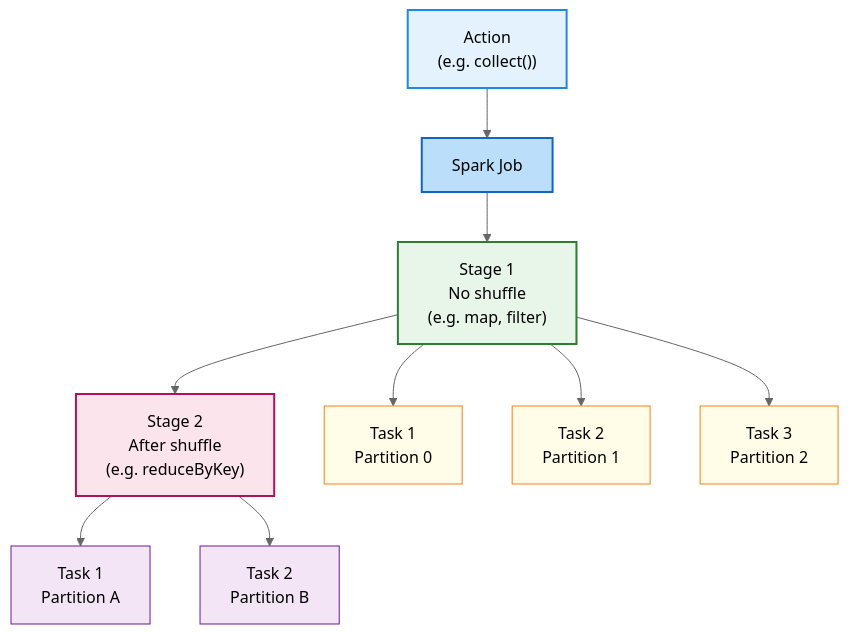
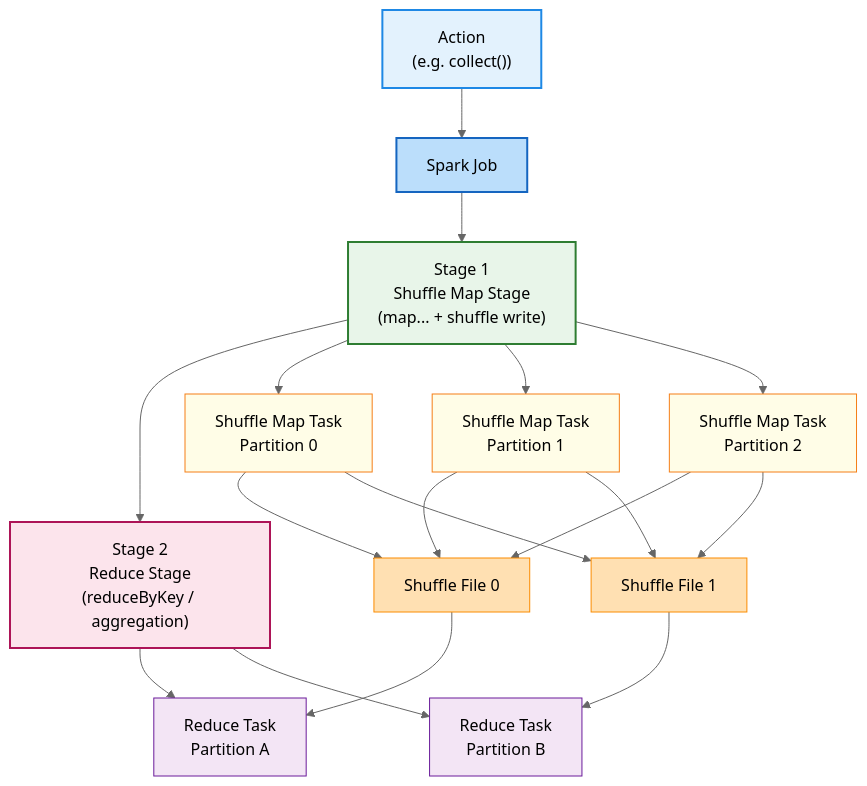
Before and after one commit to blaire101/Spark-Journey-2025: the second of 9 diagrams in README.md, drawn with Mermaid (neutral theme).

````diff
--- a/README.md
+++ b/README.md
@@ -73,25 +73,40 @@
 ```mermaid
 flowchart TD
     A["Action<br>(e.g. collect())"]
     A --> Job["Spark Job"]
 
-    Job --> Stage1["Stage 1<br>No shuffle<br>(e.g. map, filter)"]
-    Stage1 --> Stage2["Stage 2<br>After shuffle<br>(e.g. reduceByKey)"]
+    Job --> Stage1["Stage 1<br>Shuffle Map Stage<br>(map... + shuffle write)"]
+    Stage1 --> Stage2["Stage 2<br>Reduce Stage<br>(reduceByKey / aggregation)"]
 
-    Stage1 --> T1["Task 1<br>Partition 0"]
-    Stage1 --> T2["Task 2<br>Partition 1"]
-    Stage1 --> T3["Task 3<br>Partition 2"]
+    %% Stage1 Tasks (3 partitions)
+    Stage1 --> T1["Shuffle Map Task<br>Partition 0"]
+    Stage1 --> T2["Shuffle Map Task<br>Partition 1"]
+    Stage1 --> T3["Shuffle Map Task<br>Partition 2"]
 
-    Stage2 --> T4["Task 1<br>Partition A"]
-    Stage2 --> T5["Task 2<br>Partition B"]
+    %% Stage1 输出 shuffle 文件 (2 files)
+    T1 --> SF0["Shuffle File 0"]
+    T1 --> SF1["Shuffle File 1"]
+    T2 --> SF0
+    T2 --> SF1
+    T3 --> SF0
+    T3 --> SF1
+
+    %% Stage2 Reduce Tasks
+    SF0 --> T4["Reduce Task<br>Partition A"]
+    SF1 --> T5["Reduce Task<br>Partition B"]
+
+    Stage2 --> T4
+    Stage2 --> T5
 
     style A fill:#e3f2fd,stroke:#1e88e5,stroke-width:2px
     style Job fill:#bbdefb,stroke:#1565c0,stroke-width:2px
     style Stage1 fill:#e8f5e9,stroke:#2e7d32,stroke-width:2px
     style Stage2 fill:#fce4ec,stroke:#ad1457,stroke-width:2px
     style T1 fill:#fffde7,stroke:#f57f17
     style T2 fill:#fffde7,stroke:#f57f17
     style T3 fill:#fffde7,stroke:#f57f17
+    style SF0 fill:#ffe0b2,stroke:#fb8c00
+    style SF1 fill:#ffe0b2,stroke:#fb8c00
     style T4 fill:#f3e5f5,stroke:#6a1b9a
     style T5 fill:#f3e5f5,stroke:#6a1b9a
 ```
````
